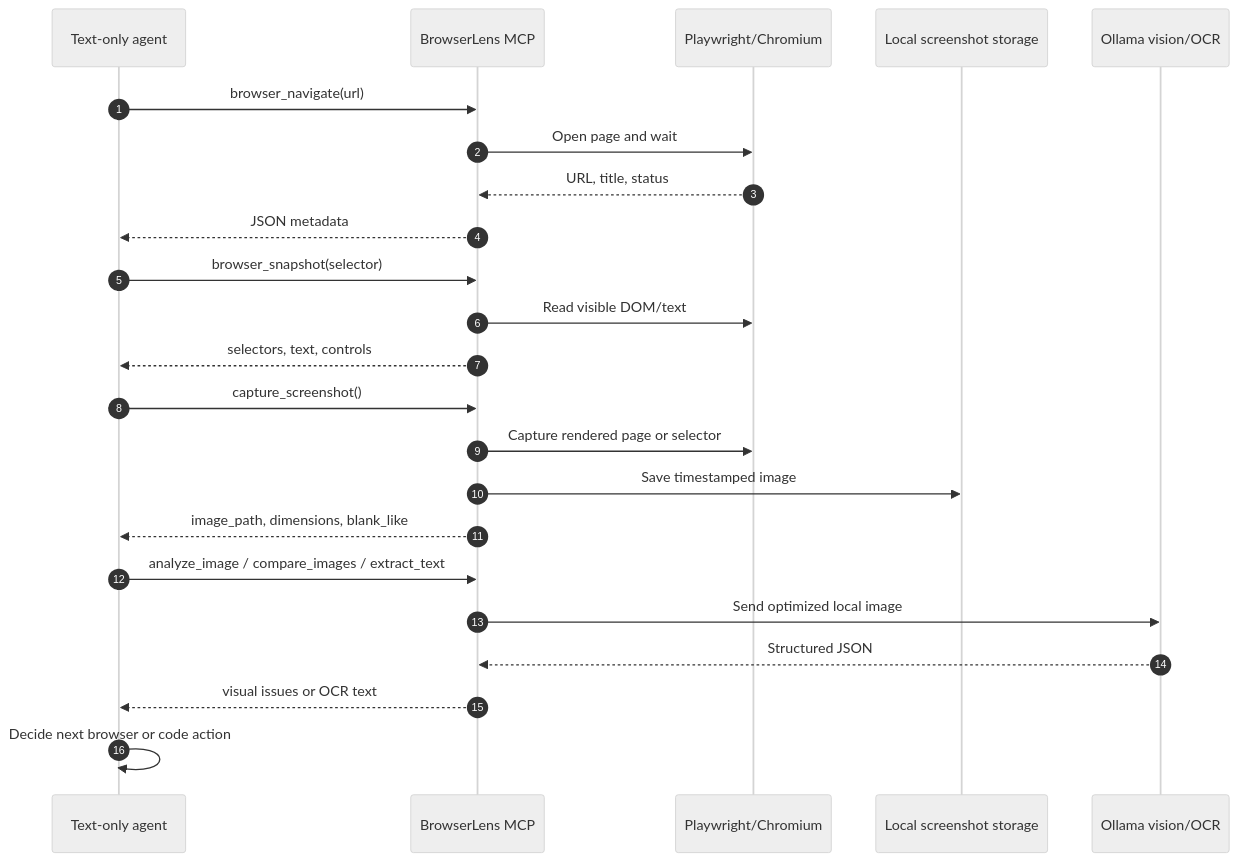
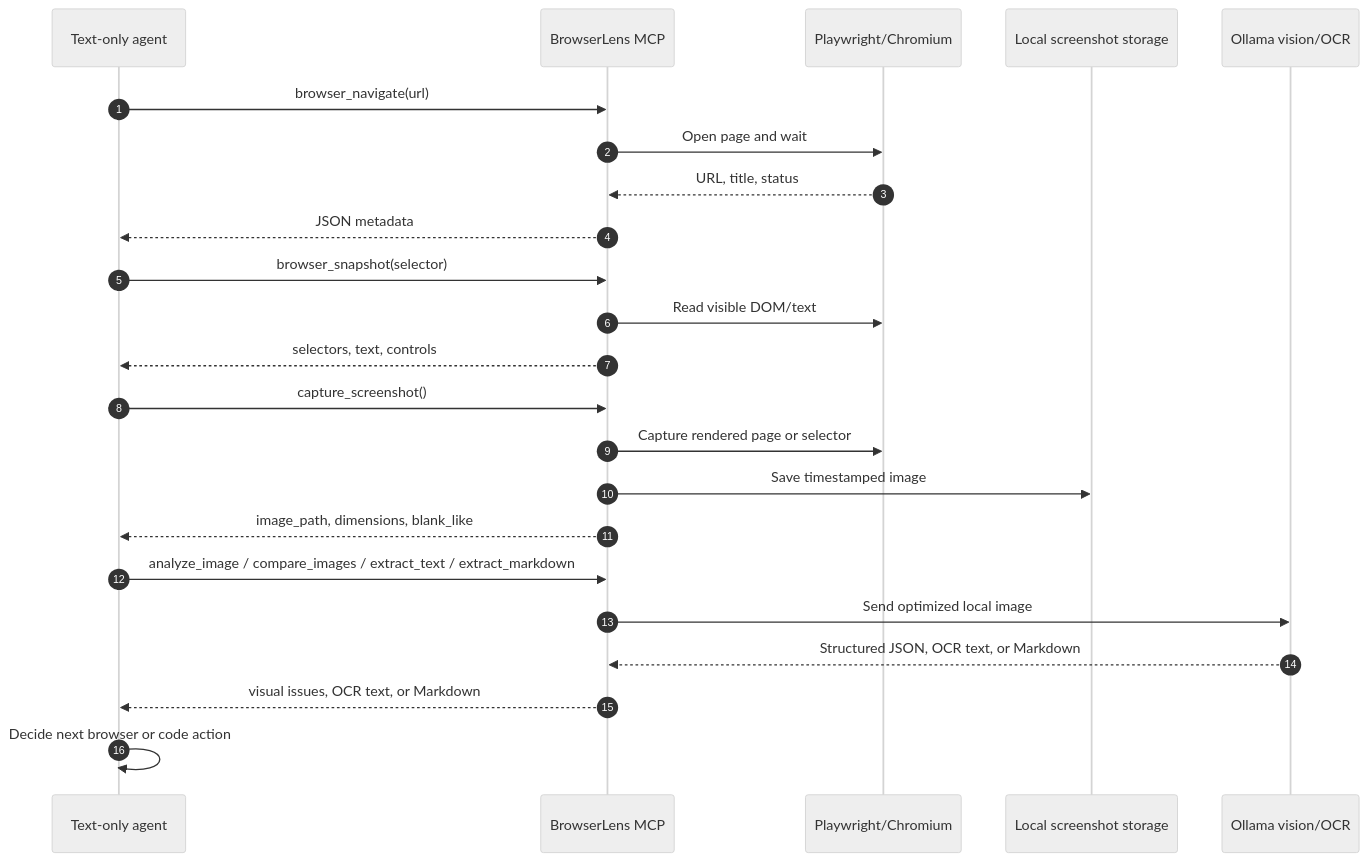
Before and after one commit to MAMISHO/browserlens: the third of 4 diagrams in README.md, drawn with Mermaid (neutral theme). The commit also changed other lines of this file and 2 other files, not shown here.

Commit message:
fix: markdown explanation

````diff
--- a/README.md
+++ b/README.md
@@ -244,30 +283,30 @@
 ```mermaid
 sequenceDiagram
   autonumber
   participant Agent as Text-only agent
   participant MCP as BrowserLens MCP
   participant Browser as Playwright/Chromium
   participant Disk as Local screenshot storage
   participant Vision as Ollama vision/OCR
 
   Agent->>MCP: browser_navigate(url)
   MCP->>Browser: Open page and wait
   Browser-->>MCP: URL, title, status
   MCP-->>Agent: JSON metadata
 
   Agent->>MCP: browser_snapshot(selector)
   MCP->>Browser: Read visible DOM/text
   MCP-->>Agent: selectors, text, controls
 
   Agent->>MCP: capture_screenshot()
   MCP->>Browser: Capture rendered page or selector
   MCP->>Disk: Save timestamped image
   MCP-->>Agent: image_path, dimensions, blank_like
 
-  Agent->>MCP: analyze_image / compare_images / extract_text
+  Agent->>MCP: analyze_image / compare_images / extract_text / extract_markdown
   MCP->>Vision: Send optimized local image
-  Vision-->>MCP: Structured JSON
-  MCP-->>Agent: visual issues or OCR text
+  Vision-->>MCP: Structured JSON, OCR text, or Markdown
+  MCP-->>Agent: visual issues, OCR text, or Markdown
 
   Agent->>Agent: Decide next browser or code action
 ```
````
